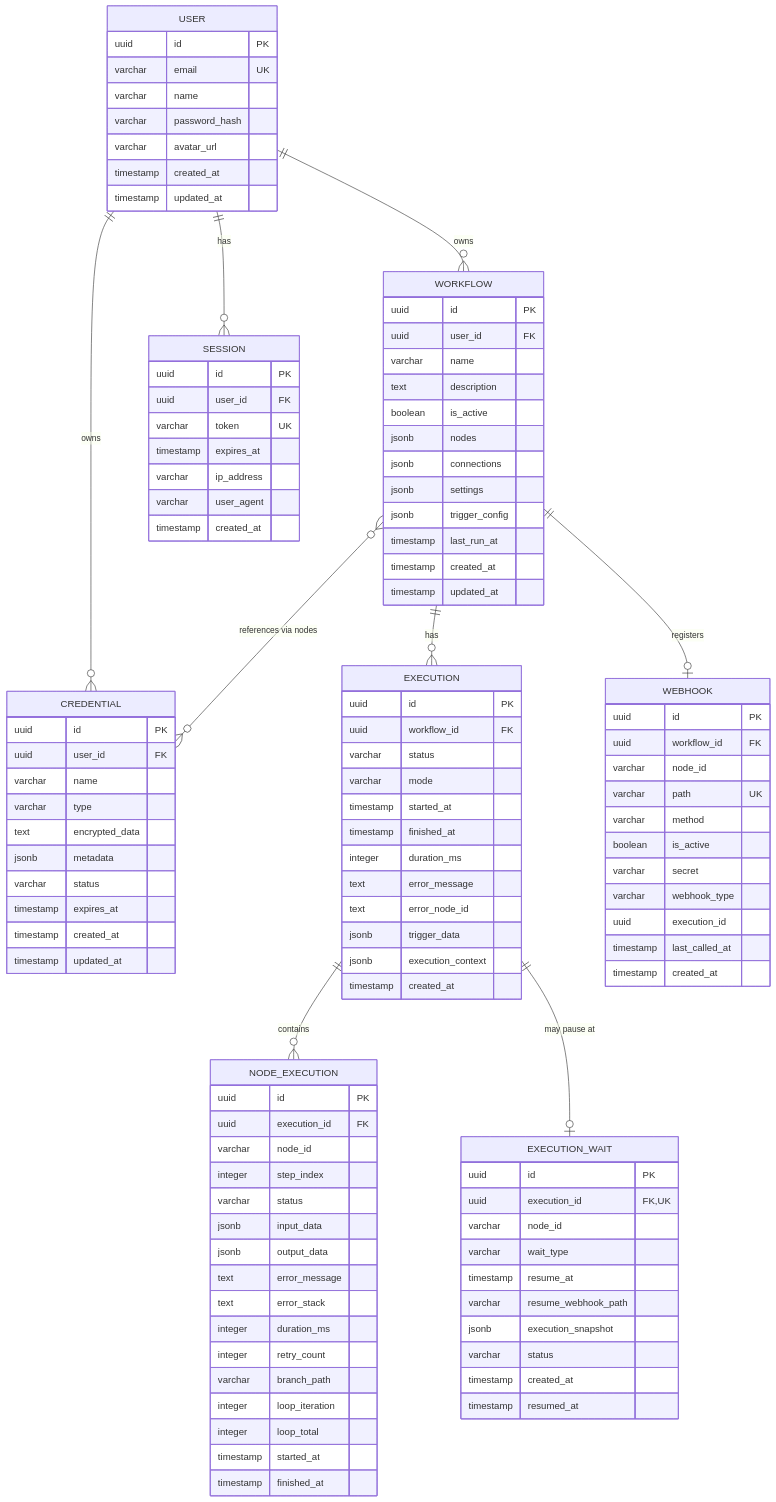
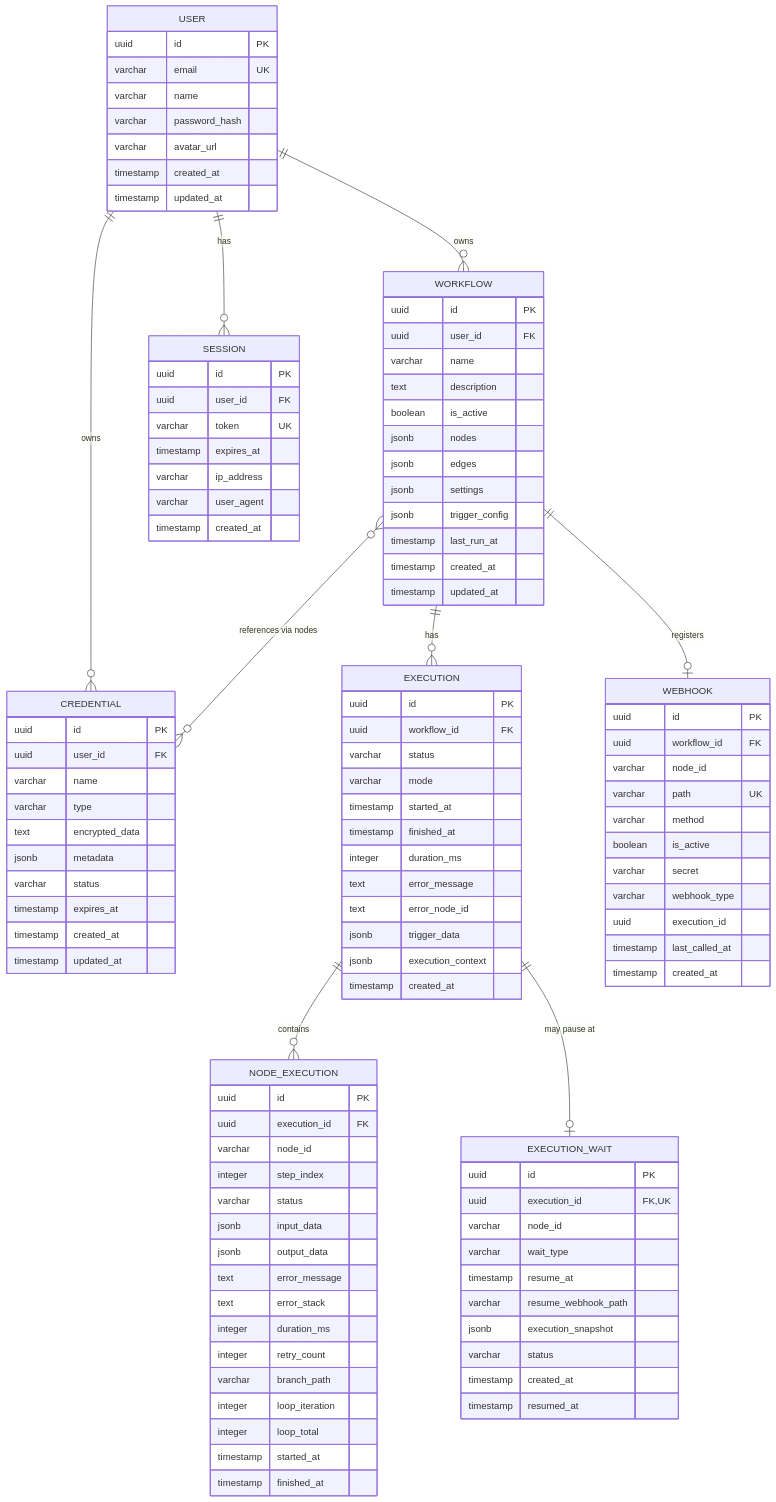
Before and after one commit to indraarianggi/flowforge-fe: the diagram in docs/ERD.md, drawn with Mermaid. The commit also changed other lines of this file and 4 other files, not shown here.

Commit message:
feat: add React Flow migration plan and design documents, detailing data model updates and auto-layout utility.

```diff
--- a/docs/ERD.md
+++ b/docs/ERD.md
@@ -49,7 +49,7 @@
         text description
         boolean is_active
         jsonb nodes
-        jsonb connections
+        jsonb edges
         jsonb settings
         jsonb trigger_config
         timestamp last_run_at
```
